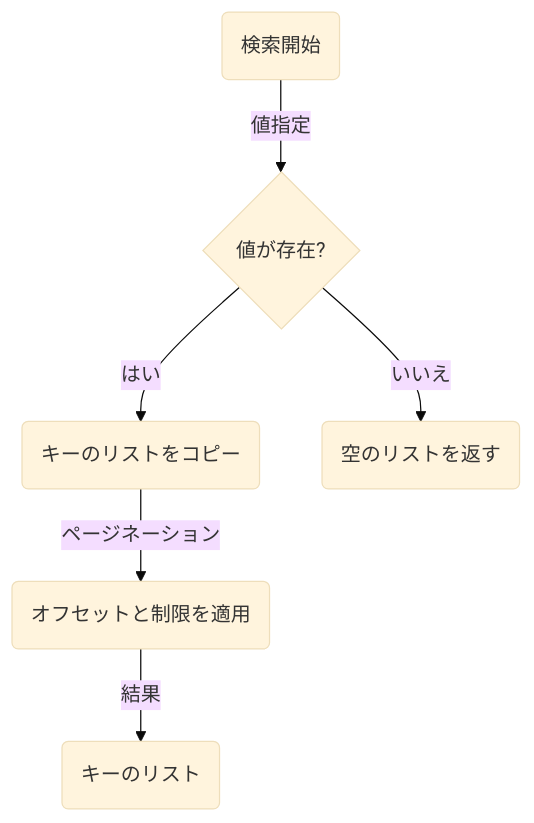
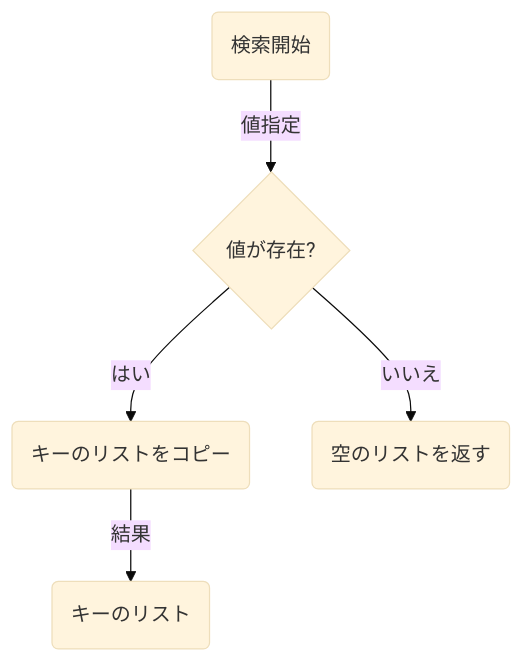
The fifth of 8 diagrams in textbooks/07_index_algorithm.md (ssig33/fuckbase), drawn with Mermaid (base theme) before and after one commit. The commit also changed other lines of this file and 6 other files, not shown here.

````diff
--- a/textbooks/07_index_algorithm.md
+++ b/textbooks/07_index_algorithm.md
@@ -104,8 +104,7 @@
 ```mermaid
 graph TD
     A("検索開始") -->|値指定| B{"値が存在?"}
     B -->|はい| C("キーのリストをコピー")
     B -->|いいえ| D("空のリストを返す")
-    C -->|ページネーション| I("オフセットと制限を適用")
-    I -->|結果| J("キーのリスト")
+    C -->|結果| J("キーのリスト")
 ```
````
